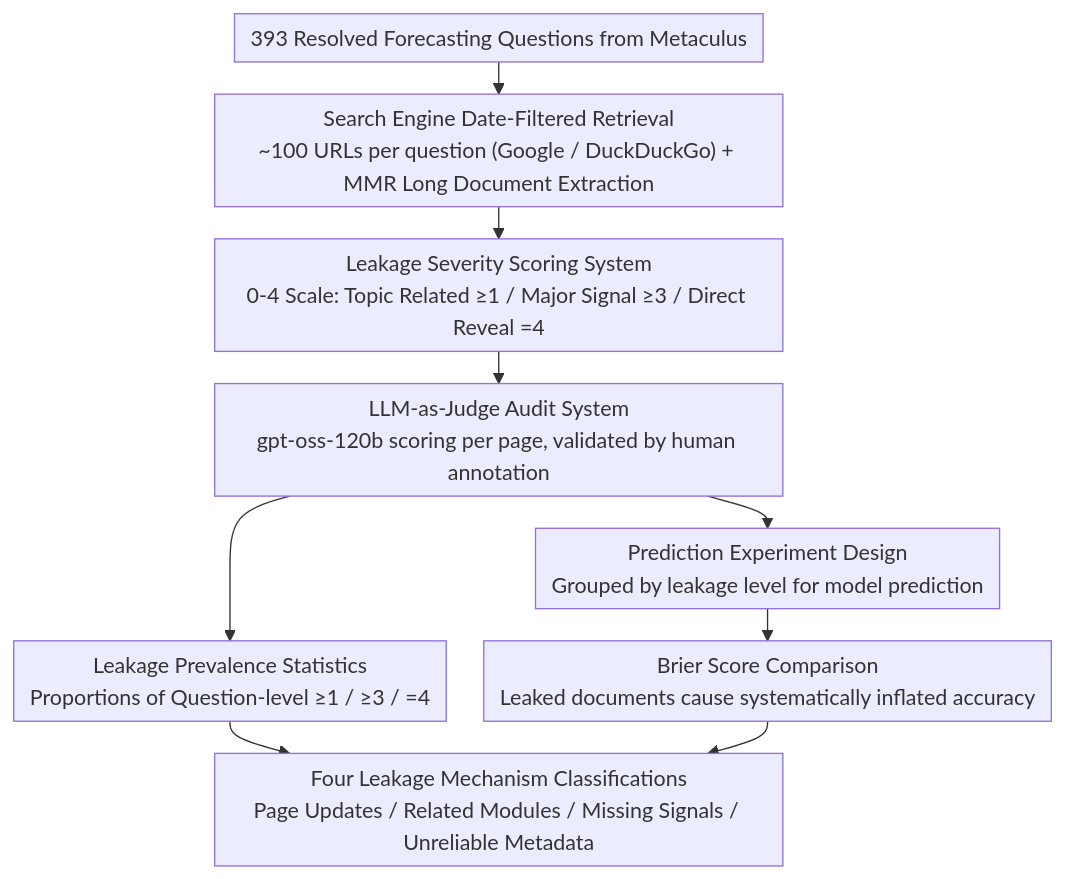
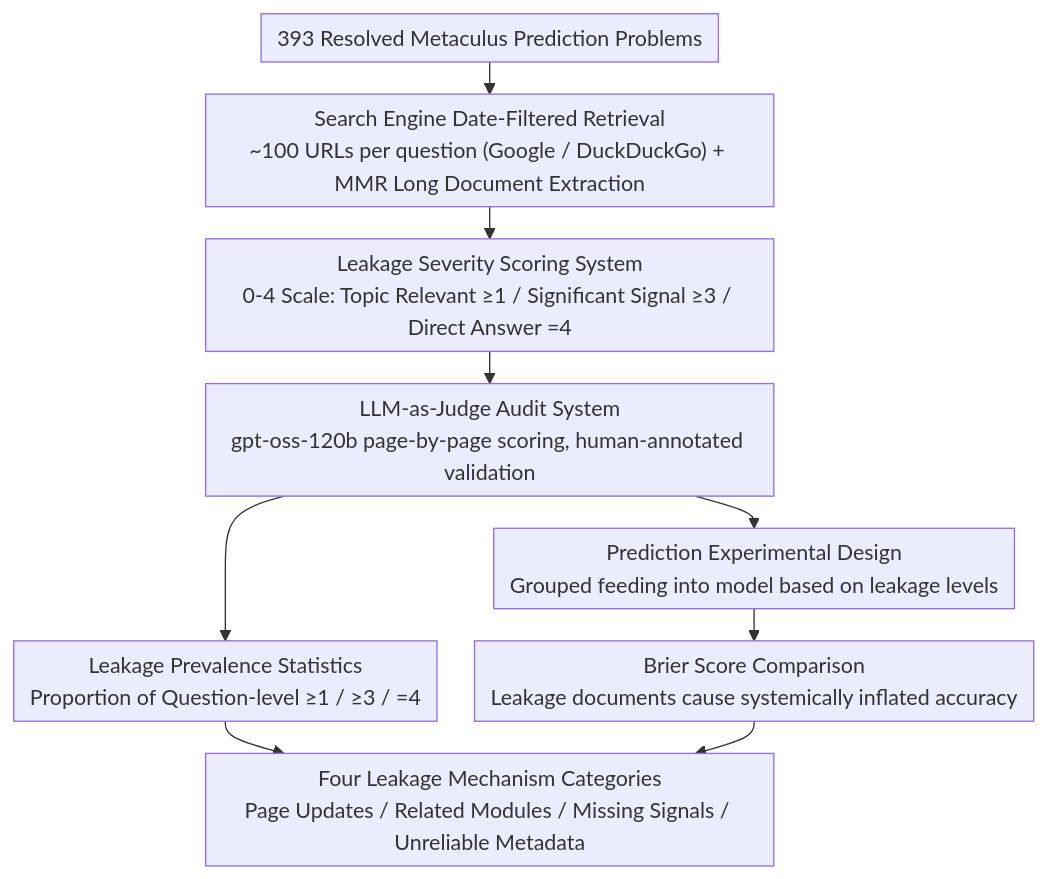
The diagram in docs/ACL2026/time_series/temporal_leakage_in_search-engine_date-filtered_web_retrieval_a_retrospective_fo.md (zhaoyang97/Paper-Notes-en), drawn with Mermaid before and after one commit. The commit also changed other lines of this file and 5084 other files, not shown here.

````diff
--- a/docs/ACL2026/time_series/temporal_leakage_in_search-engine_date-filtered_web_retrieval_a_retrospective_fo.md
+++ b/docs/ACL2026/time_series/temporal_leakage_in_search-engine_date-filtered_web_retrieval_a_retrospective_fo.md
@@ -44,12 +44,12 @@
 ```mermaid
 %%{init: {'flowchart': {'rankSpacing': 24, 'nodeSpacing': 28, 'padding': 6, 'wrappingWidth': 400}}}%%
 flowchart TD
-    A["393 Resolved Forecasting Questions from Metaculus"] --> B["Search Engine Date-Filtered Retrieval<br/>~100 URLs per question (Google / DuckDuckGo) + MMR Long Document Extraction"]
-    B --> C["Leakage Severity Scoring System<br/>0-4 Scale: Topic Related ≥1 / Major Signal ≥3 / Direct Reveal =4"]
-    C --> D["LLM-as-Judge Audit System<br/>gpt-oss-120b scoring per page, validated by human annotation"]
-    D --> E["Leakage Prevalence Statistics<br/>Proportions of Question-level ≥1 / ≥3 / =4"]
-    D --> F["Prediction Experiment Design<br/>Grouped by leakage level for model prediction"]
-    F --> G["Brier Score Comparison<br/>Leaked documents cause systematically inflated accuracy"]
-    E --> H["Four Leakage Mechanism Classifications<br/>Page Updates / Related Modules / Missing Signals / Unreliable Metadata"]
+    A["393 Resolved Metaculus Prediction Problems"] --> B["Search Engine Date-Filtered Retrieval<br/>~100 URLs per question (Google / DuckDuckGo) + MMR Long Document Extraction"]
+    B --> C["Leakage Severity Scoring System<br/>0-4 Scale: Topic Relevant ≥1 / Significant Signal ≥3 / Direct Answer =4"]
+    C --> D["LLM-as-Judge Audit System<br/>gpt-oss-120b page-by-page scoring, human-annotated validation"]
+    D --> E["Leakage Prevalence Statistics<br/>Proportion of Question-level ≥1 / ≥3 / =4"]
+    D --> F["Prediction Experimental Design<br/>Grouped feeding into model based on leakage levels"]
+    F --> G["Brier Score Comparison<br/>Leakage documents cause systemically inflated accuracy"]
+    E --> H["Four Leakage Mechanism Categories<br/>Page Updates / Related Modules / Missing Signals / Unreliable Metadata"]
     G --> H
 ```
````
